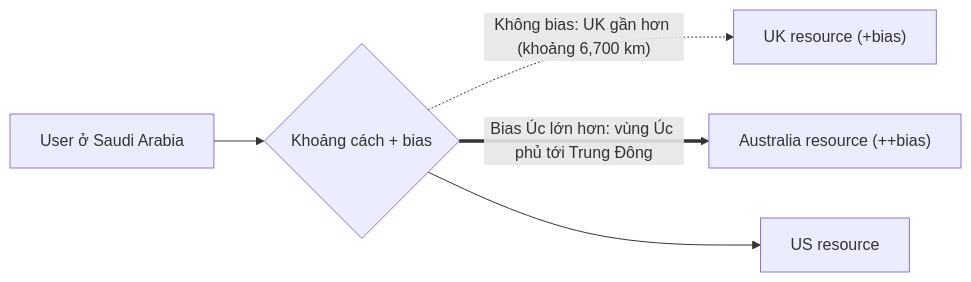
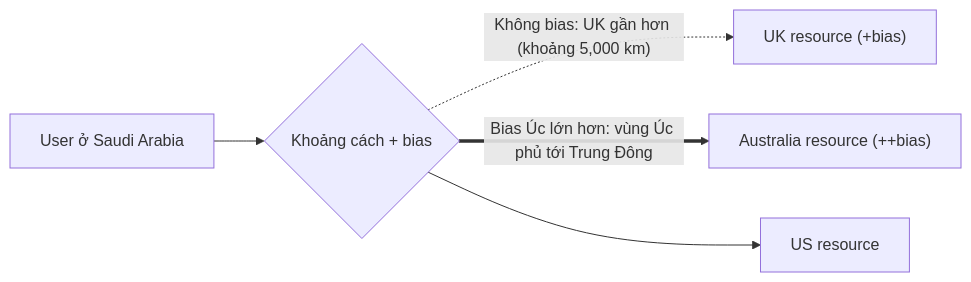
The diagram in data/10 Route 53/R53 Geoproximity Routing.md (hairbui76/aws-saa-c03), drawn with Mermaid before and after one commit. The commit also changed other lines of this file and 28 other files, not shown here.

````diff
--- a/data/10 Route 53/R53 Geoproximity Routing.md
+++ b/data/10 Route 53/R53 Geoproximity Routing.md
@@ -32,7 +33,7 @@
 ```mermaid
 flowchart LR
     SA["User ở Saudi Arabia"] --> R53{"Khoảng cách + bias"}
-    R53 -. "Không bias: UK gần hơn (khoảng 6,700 km)" .-> UK["UK resource (+bias)"]
+    R53 -. "Không bias: UK gần hơn (khoảng 5,000 km)" .-> UK["UK resource (+bias)"]
     R53 == "Bias Úc lớn hơn: vùng Úc phủ tới Trung Đông" ==> AU["Australia resource (++bias)"]
     R53 --> US["US resource"]
 ```
````
